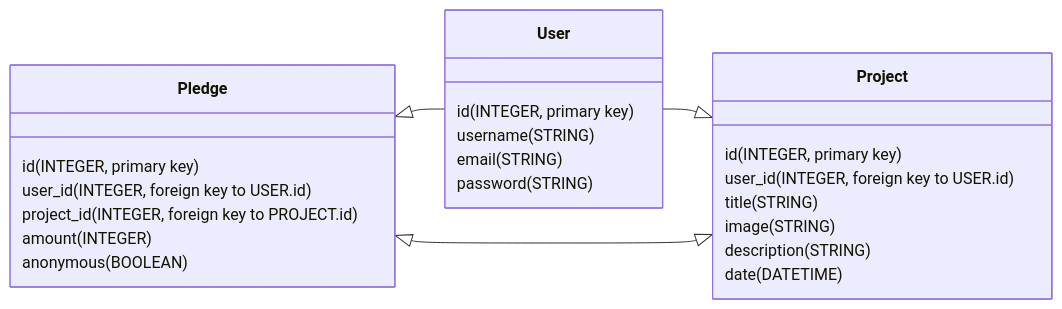
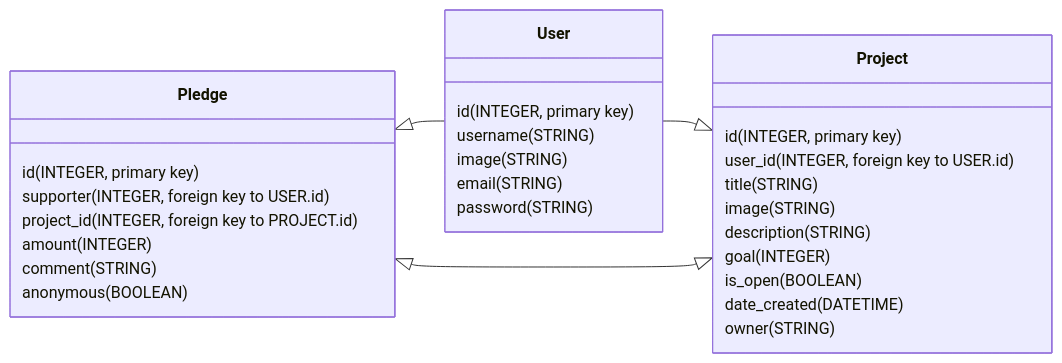
One commit to ymoskvita/she-codes-crowdfunding-project changed the diagram in README.md. Above: the diagram before and after it, drawn with Mermaid. The commit also changed other lines of this file, not shown here.

````diff
--- a/README.md
+++ b/README.md
@@ -181,29 +274,34 @@
 ```mermaid
 
 classDiagram
 direction RL
 Project <|-- User
 User --|> Pledge
 Pledge <|--|> Project
 class Project{
 id (INTEGER, primary key)
 user_id (INTEGER, foreign key to USER.id)
 title (STRING)
 image (STRING)
 description (STRING)
-date (DATETIME)
+goal (INTEGER)
+is_open (BOOLEAN)
+date_created (DATETIME)
+owner (STRING)
 }
 class User{
 id (INTEGER, primary key)
 username (STRING)
+image (STRING)
 email (STRING)
 password (STRING)
 }
 class Pledge{
 id (INTEGER, primary key)
-user_id (INTEGER, foreign key to USER.id)
+supporter (INTEGER, foreign key to USER.id)
 project_id (INTEGER, foreign key to PROJECT.id)
 amount (INTEGER)
+comment (STRING)
 anonymous (BOOLEAN)
 }
 ```
````
